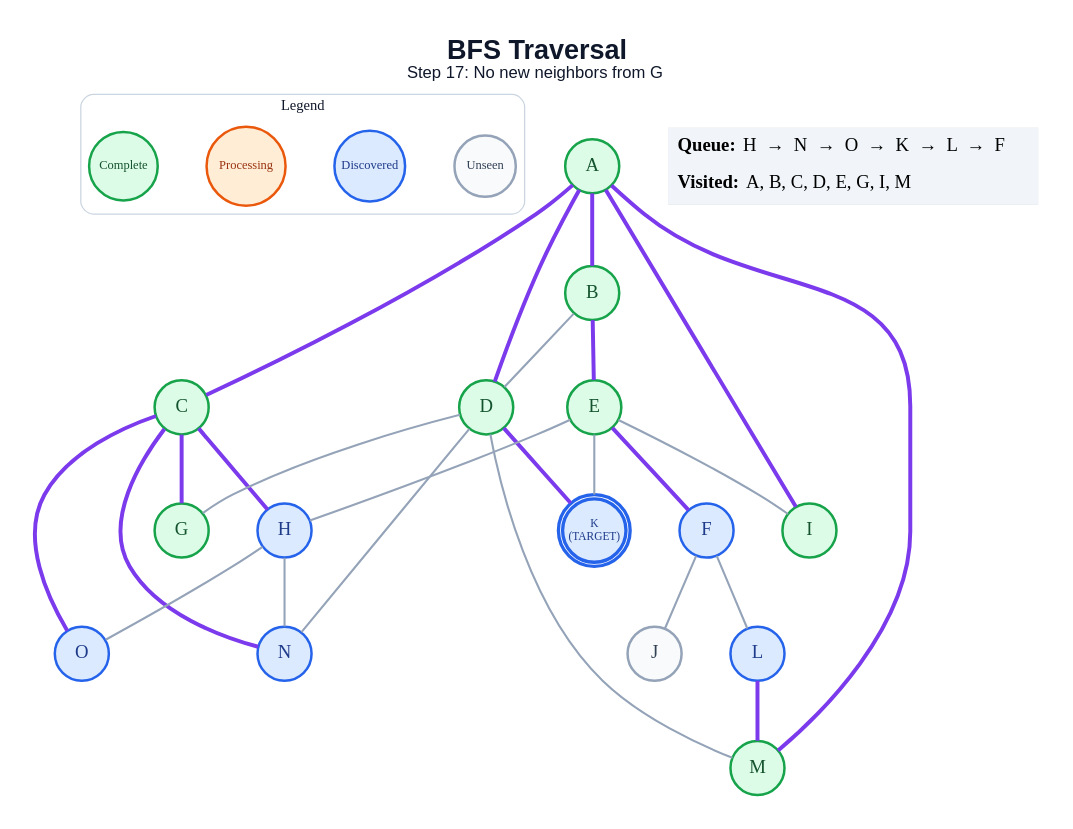
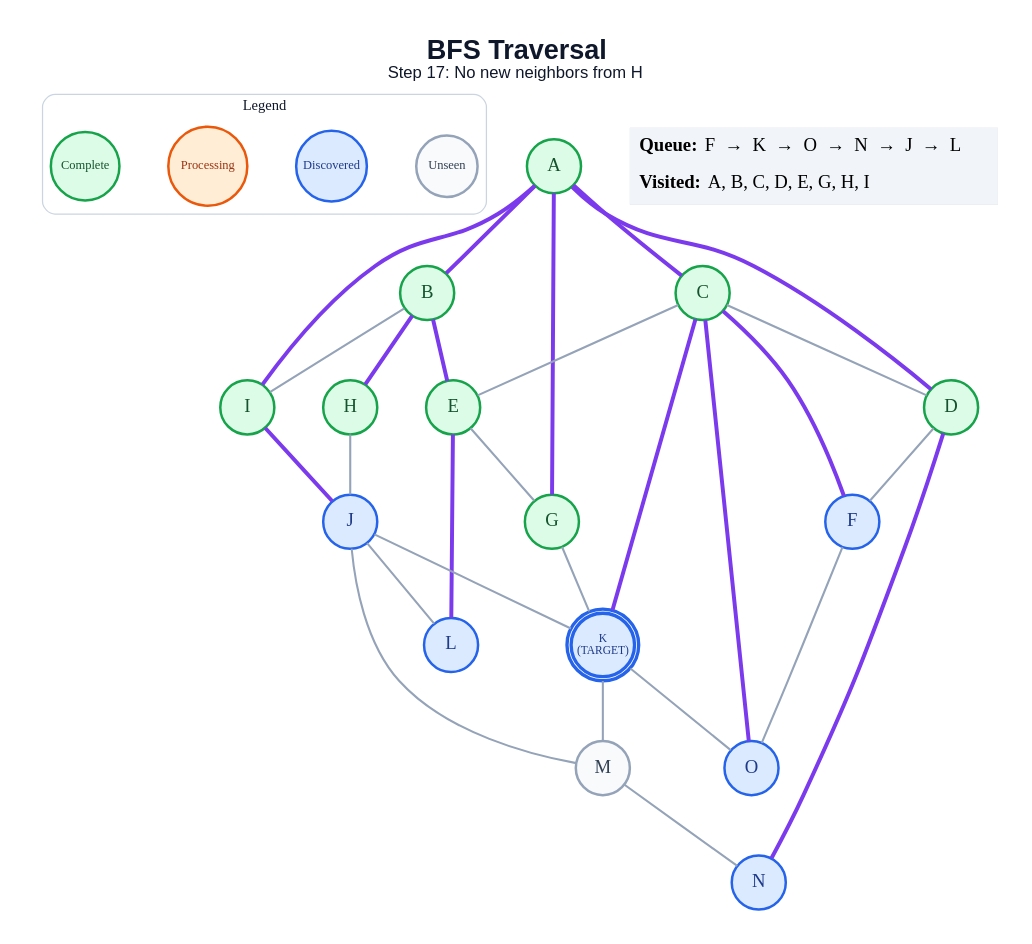
Before and after one commit to anon7238593-create/ai-slop: the diagram in generated/specific-node/bfs/step_17.dot, drawn with Graphviz. The commit also changed 249 other files, not shown here.

```diff
--- a/generated/specific-node/bfs/step_17.dot
+++ b/generated/specific-node/bfs/step_17.dot
@@ -1,58 +1,61 @@
 graph traversal {
   graph [layout=dot, rankdir=TB, bgcolor="#FFFFFF", pad="0.35", nodesep="0.65", ranksep="0.8", fontname="Arial"];
   node [shape=circle, style="filled", fontname="Arial Bold", fontsize=18, width=0.72, fixedsize=true, penwidth=2.4];
   edge [color="#94A3B8", penwidth=2.0];
-  label=<<B>BFS Traversal</B><BR/><FONT POINT-SIZE="16">Step 17: No new neighbors from G</FONT>>; labelloc="t"; fontsize=26; fontname="Arial"; fontcolor="#0F172A";
+  label=<<B>BFS Traversal</B><BR/><FONT POINT-SIZE="16">Step 17: No new neighbors from H</FONT>>; labelloc="t"; fontsize=26; fontname="Arial"; fontcolor="#0F172A";
   subgraph cluster_legend { label="Legend"; color="#CBD5E1"; penwidth=1.2; style="rounded"; fontsize=14; fontname="Arial Bold";
     key_unseen [label="Unseen", fillcolor="#F8FAFC", color="#94A3B8", fontcolor="#334155", fontsize=12, width=0.82];
     key_frontier [label="Discovered", fillcolor="#DBEAFE", color="#2563EB", fontcolor="#1E3A8A", fontsize=12, width=0.95];
     key_current [label="Processing", fillcolor="#FFEDD5", color="#EA580C", fontcolor="#9A3412", fontsize=12, width=1.05];
     key_done [label="Complete", fillcolor="#DCFCE7", color="#16A34A", fontcolor="#14532D", fontsize=12, width=0.92];
     { rank=same; key_unseen; key_frontier; key_current; key_done; }
   }
   A [label="A", fillcolor="#DCFCE7", color="#16A34A", fontcolor="#14532D", peripheries=1, penwidth=2.4];
   B [label="B", fillcolor="#DCFCE7", color="#16A34A", fontcolor="#14532D", peripheries=1, penwidth=2.4];
   C [label="C", fillcolor="#DCFCE7", color="#16A34A", fontcolor="#14532D", peripheries=1, penwidth=2.4];
   D [label="D", fillcolor="#DCFCE7", color="#16A34A", fontcolor="#14532D", peripheries=1, penwidth=2.4];
   E [label="E", fillcolor="#DCFCE7", color="#16A34A", fontcolor="#14532D", peripheries=1, penwidth=2.4];
   F [label="F", fillcolor="#DBEAFE", color="#2563EB", fontcolor="#1E3A8A", peripheries=1, penwidth=2.4];
   G [label="G", fillcolor="#DCFCE7", color="#16A34A", fontcolor="#14532D", peripheries=1, penwidth=2.4];
-  H [label="H", fillcolor="#DBEAFE", color="#2563EB", fontcolor="#1E3A8A", peripheries=1, penwidth=2.4];
+  H [label="H", fillcolor="#DCFCE7", color="#16A34A", fontcolor="#14532D", peripheries=1, penwidth=2.4];
   I [label="I", fillcolor="#DCFCE7", color="#16A34A", fontcolor="#14532D", peripheries=1, penwidth=2.4];
-  J [label="J", fillcolor="#F8FAFC", color="#94A3B8", fontcolor="#334155", peripheries=1, penwidth=2.4];
+  J [label="J", fillcolor="#DBEAFE", color="#2563EB", fontcolor="#1E3A8A", peripheries=1, penwidth=2.4];
   K [label="K\n(TARGET)", fillcolor="#DBEAFE", color="#2563EB", fontcolor="#1E3A8A", peripheries=2, penwidth=3.2, fontsize=11, width=0.85, height=0.85];
   L [label="L", fillcolor="#DBEAFE", color="#2563EB", fontcolor="#1E3A8A", peripheries=1, penwidth=2.4];
-  M [label="M", fillcolor="#DCFCE7", color="#16A34A", fontcolor="#14532D", peripheries=1, penwidth=2.4];
+  M [label="M", fillcolor="#F8FAFC", color="#94A3B8", fontcolor="#334155", peripheries=1, penwidth=2.4];
   N [label="N", fillcolor="#DBEAFE", color="#2563EB", fontcolor="#1E3A8A", peripheries=1, penwidth=2.4];
   O [label="O", fillcolor="#DBEAFE", color="#2563EB", fontcolor="#1E3A8A", peripheries=1, penwidth=2.4];
   A -- B [color="#7C3AED", penwidth=3.8];
   A -- C [color="#7C3AED", penwidth=3.8];
   A -- D [color="#7C3AED", penwidth=3.8];
+  A -- G [color="#7C3AED", penwidth=3.8];
   A -- I [color="#7C3AED", penwidth=3.8];
-  A -- M [color="#7C3AED", penwidth=3.8];
-  B -- D;
   B -- E [color="#7C3AED", penwidth=3.8];
-  C -- G [color="#7C3AED", penwidth=3.8];
-  C -- H [color="#7C3AED", penwidth=3.8];
-  C -- N [color="#7C3AED", penwidth=3.8];
+  B -- H [color="#7C3AED", penwidth=3.8];
+  B -- I;
+  C -- D;
+  C -- E;
+  C -- F [color="#7C3AED", penwidth=3.8];
+  C -- K [color="#7C3AED", penwidth=3.8];
   C -- O [color="#7C3AED", penwidth=3.8];
-  D -- G;
-  D -- K [color="#7C3AED", penwidth=3.8];
-  D -- M;
-  D -- N;
-  E -- F [color="#7C3AED", penwidth=3.8];
-  E -- H;
-  E -- I;
-  E -- K;
-  F -- J;
-  F -- L;
-  H -- N;
-  H -- O;
-  L -- M [color="#7C3AED", penwidth=3.8];
+  D -- F;
+  D -- N [color="#7C3AED", penwidth=3.8];
+  E -- G;
+  E -- L [color="#7C3AED", penwidth=3.8];
+  F -- O;
+  G -- K;
+  H -- J;
+  I -- J [color="#7C3AED", penwidth=3.8];
+  J -- K;
+  J -- L;
+  J -- M;
+  K -- M;
+  K -- O;
+  M -- N;
   status [shape=plain, fixedsize=false, width=0, height=0, margin=0, label=<
     <TABLE BORDER="0" CELLBORDER="0" CELLPADDING="7" BGCOLOR="#F1F5F9">
-      <TR><TD ALIGN="LEFT"><B>Queue:</B> H  →  N  →  O  →  K  →  L  →  F</TD></TR>
-      <TR><TD ALIGN="LEFT"><B>Visited:</B> A, B, C, D, E, G, I, M</TD></TR>
+      <TR><TD ALIGN="LEFT"><B>Queue:</B> F  →  K  →  O  →  N  →  J  →  L</TD></TR>
+      <TR><TD ALIGN="LEFT"><B>Visited:</B> A, B, C, D, E, G, H, I</TD></TR>
     </TABLE>
   >];
 }
```
